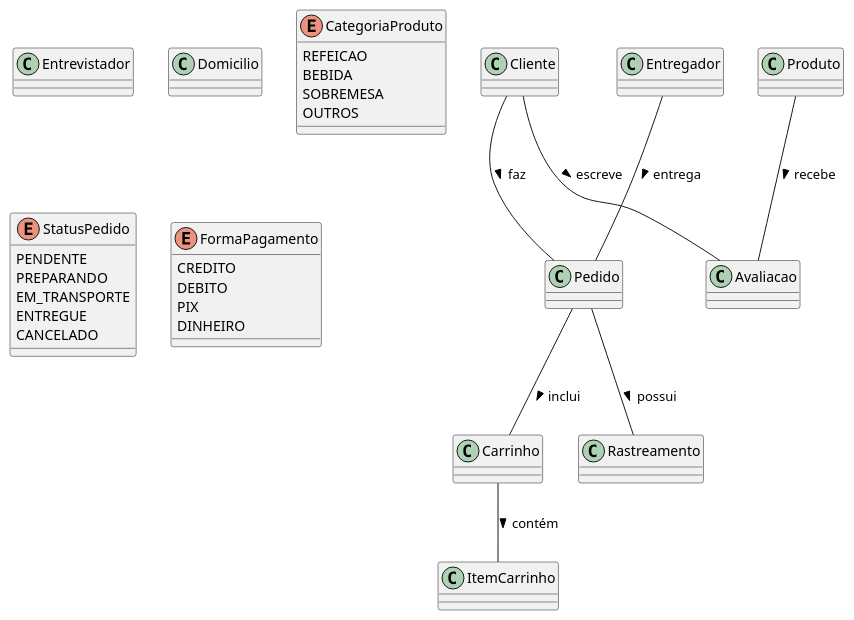
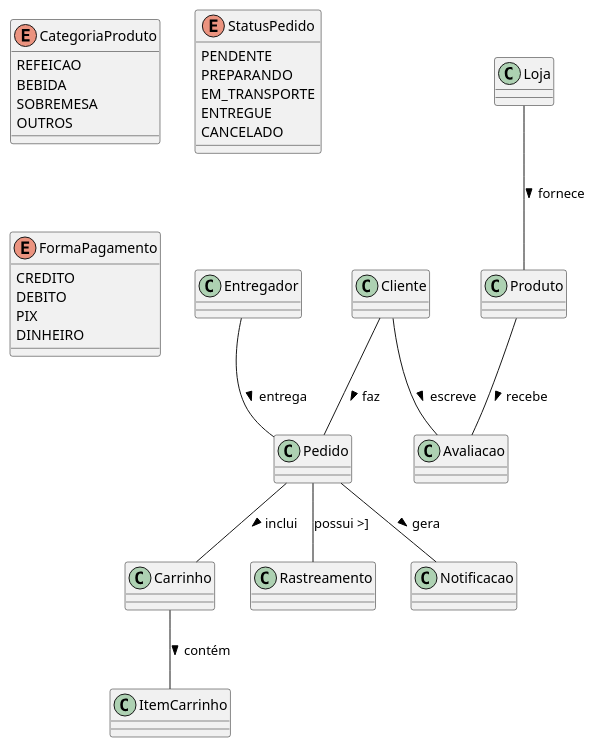
One commit to Projetos-de-Extensao/2025.1_01_IlhaDelivery changed the diagram in docs/assets/diagrama_de_classe/DiagramaDeClasses.puml. Above: the diagram before and after it, drawn with PlantUML. The commit also changed 1 other file, not shown here.

```diff
--- a/docs/assets/diagrama_de_classe/DiagramaDeClasses.puml
+++ b/docs/assets/diagrama_de_classe/DiagramaDeClasses.puml
@@ -1,62 +1,63 @@
 @startuml DiagramaDeClasses_IlhaDelivery
-class Entrevistador {
-}
-
-class Domicilio {
-}
 
 class Cliente {
 }
 
 class Produto {
 }
 
 class Carrinho {  
 }
 
 class ItemCarrinho {  
 }
 
 class Pedido {  
 }
 
 class Entregador {
 }
 
 class Avaliacao {
 }
 
 class Rastreamento { 
+}
+
+class Loja{
+
 }
 
 
 enum CategoriaProduto {
   REFEICAO
   BEBIDA
   SOBREMESA
   OUTROS
 }
 
 enum StatusPedido {
   PENDENTE
   PREPARANDO
   EM_TRANSPORTE
   ENTREGUE
   CANCELADO
 }
 
 enum FormaPagamento {
   CREDITO
   DEBITO
   PIX
   DINHEIRO
 }
 
 Cliente  --  Pedido : faz >
 Cliente  --  Avaliacao : escreve >
 Carrinho  --  ItemCarrinho : contém >
 Pedido  --  Carrinho : inclui >
-Pedido  --  Rastreamento : possui >
+Pedido -- Notificacao : gera >
+Pedido  --  Rastreamento : possui >]
+Loja -- Produto : fornece >
 Produto  --  Avaliacao : recebe >
 Entregador  --  Pedido : entrega >
 @enduml
```
